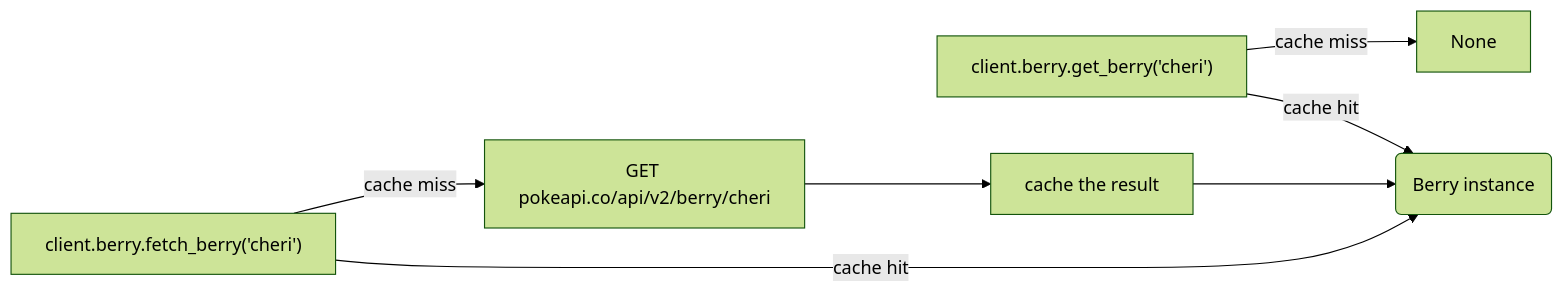
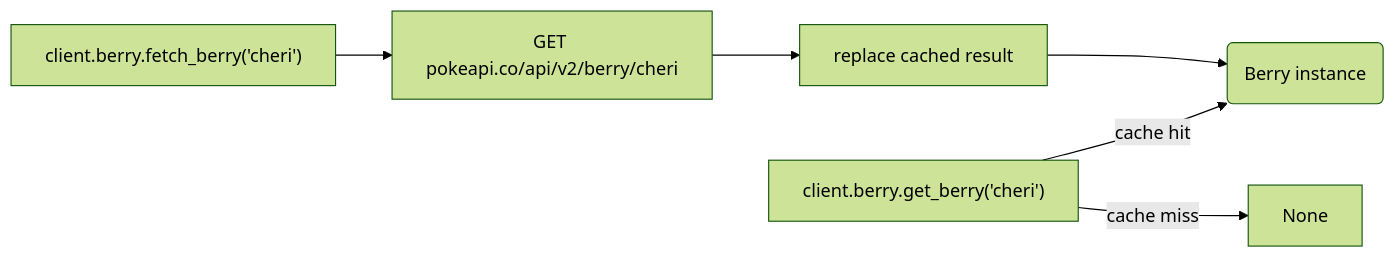
The diagram in docs/guide/fetching_data.md (FallenDeity/PokeLance), drawn with Mermaid (forest theme) before and after one commit. The commit also changed other lines of this file and 26 other files, not shown here.

Commit message:
feat: refresh cache item on fetch

````diff
--- a/docs/guide/fetching_data.md
+++ b/docs/guide/fetching_data.md
@@ -9,7 +9,6 @@
 ``` mermaid
 flowchart LR
     A["client.berry.get_berry('cheri')"] -->|cache hit| B(Berry instance)
     A -->|cache miss| C[None]
-    D["client.berry.fetch_berry('cheri')"] -->|cache hit| B
-    D -->|cache miss| E[GET pokeapi.co/api/v2/berry/cheri] --> F[cache the result] --> B
+    D["client.berry.fetch_berry('cheri')"] --> E[GET pokeapi.co/api/v2/berry/cheri] --> F[replace cached result] --> B
 ```
````
